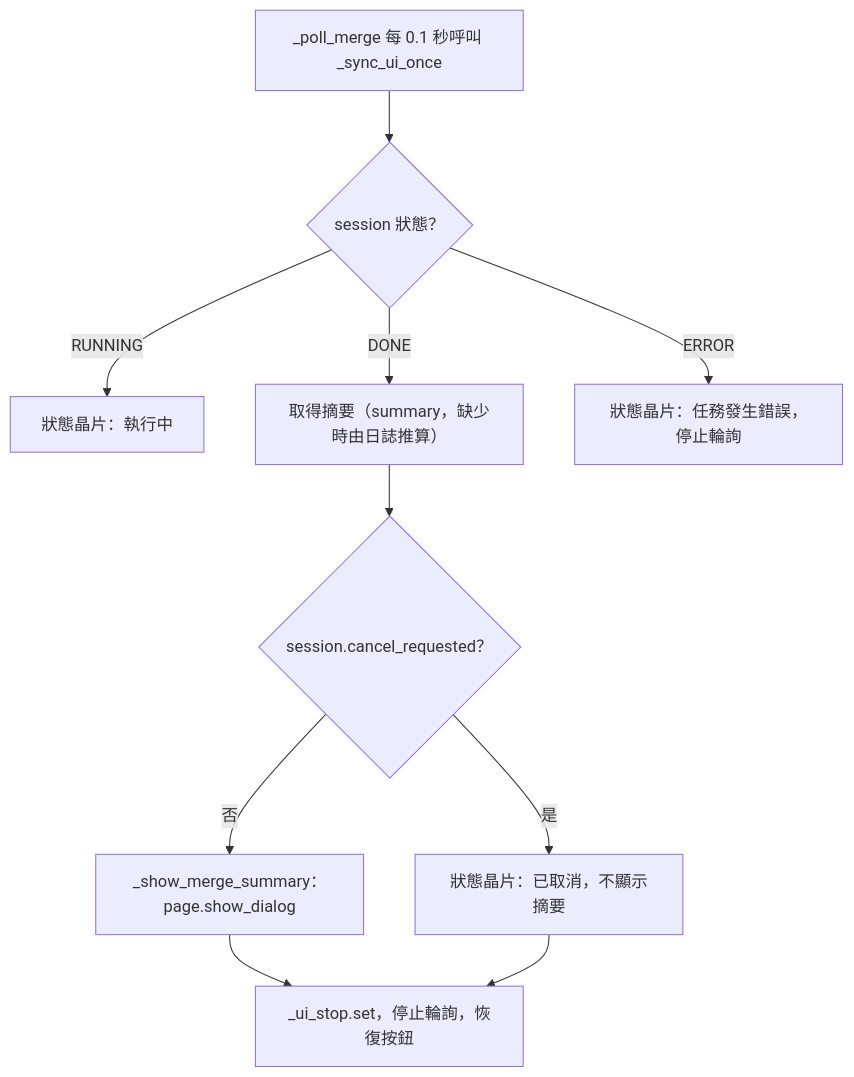
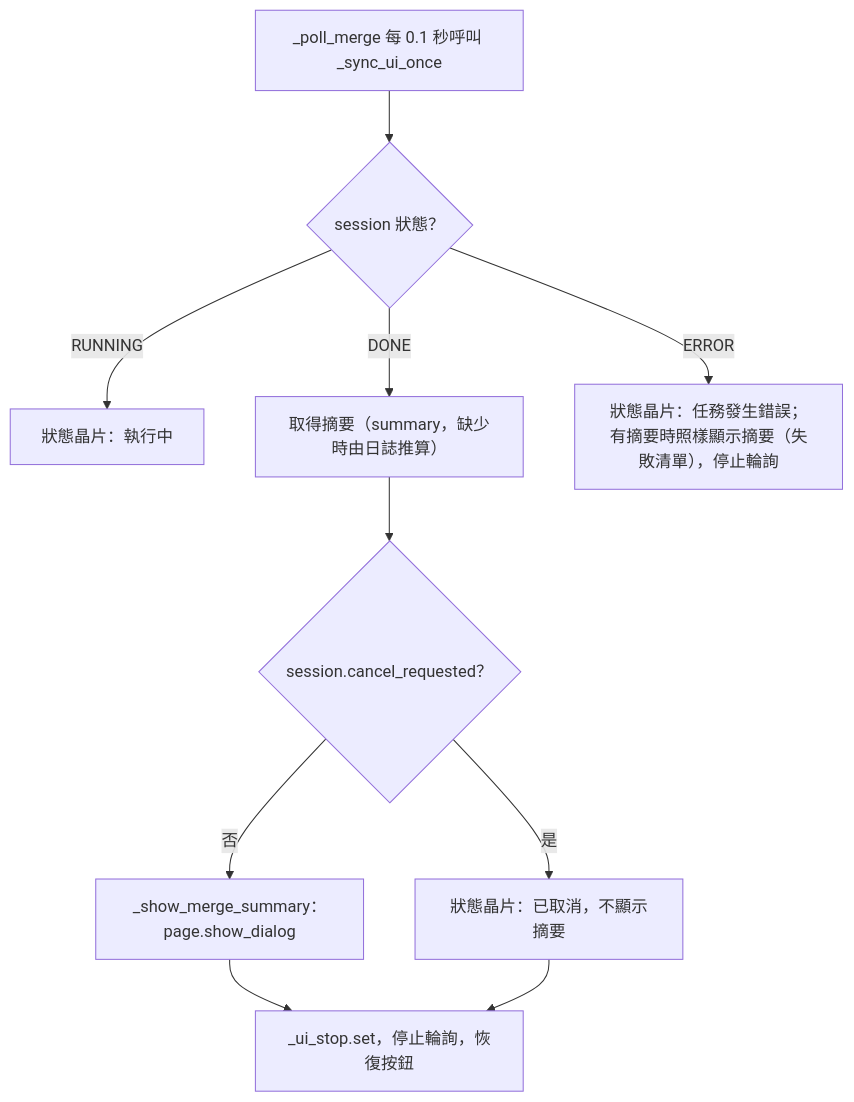
One commit to jlin53882/Minecraft-translate changed the second of 2 diagrams in docs/page_flows/merge.md. Above: the diagram before and after it, drawn with Mermaid. The commit also changed other lines of this file and 251 other files, not shown here.

First line of the commit message:
perf: 85 萬筆 Mod 資料庫與 2000 模組的效能修正、圖示準確度、替換規則清理、預覽與執行 KPI 一致化 (#217)

````diff
--- a/docs/page_flows/merge.md
+++ b/docs/page_flows/merge.md
@@ -37,12 +37,12 @@
 ```mermaid
 flowchart TD
   A["_poll_merge 每 0.1 秒呼叫 _sync_ui_once"] --> B{"session 狀態？"}
   B -- RUNNING --> C["狀態晶片：執行中"]
   B -- DONE --> D["取得摘要（summary，缺少時由日誌推算）"]
   D --> E{"session.cancel_requested？"}
   E -- 否 --> F["_show_merge_summary：page.show_dialog"]
   E -- 是 --> G["狀態晶片：已取消，不顯示摘要"]
   F --> H["_ui_stop.set，停止輪詢，恢復按鈕"]
   G --> H
-  B -- ERROR --> I["狀態晶片：任務發生錯誤，停止輪詢"]
+  B -- ERROR --> I["狀態晶片：任務發生錯誤；有摘要時照樣顯示摘要（失敗清單），停止輪詢"]
 ```
````
